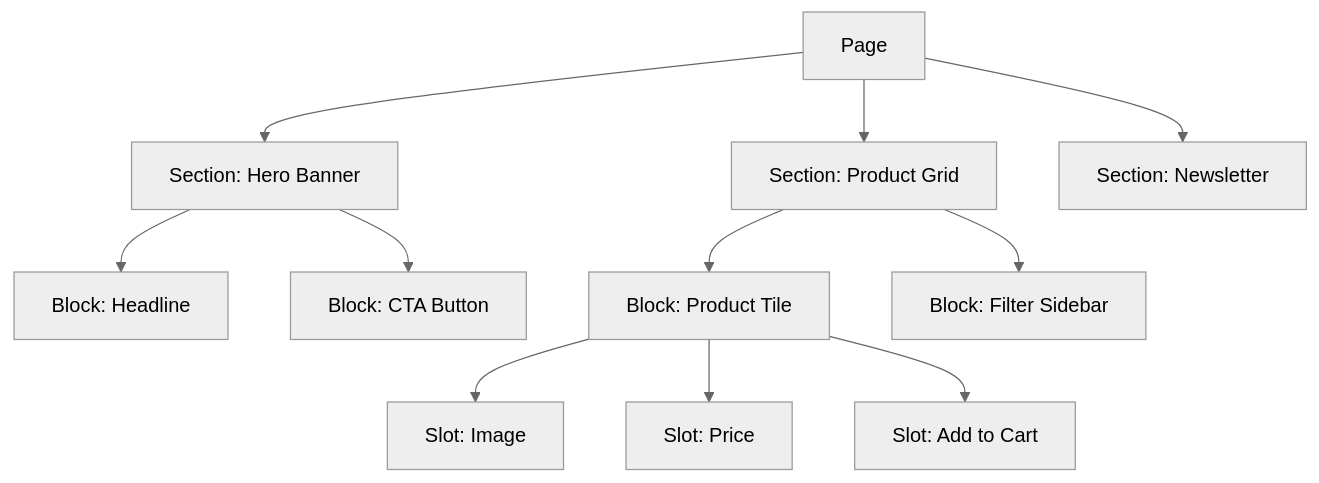
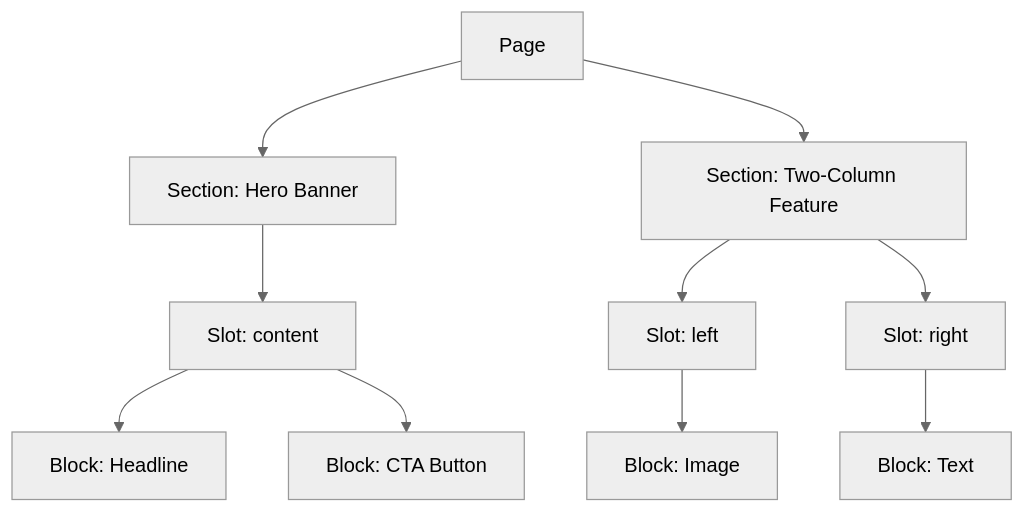
Before and after one commit to laioutr/docs: the second of 3 diagrams in content/0.getting-started/3.key-concepts/1.architecture.md, drawn with Mermaid (neutral theme). The commit also changed other lines of this file and 4 other files, not shown here.

````diff
--- a/content/0.getting-started/3.key-concepts/1.architecture.md
+++ b/content/0.getting-started/3.key-concepts/1.architecture.md
@@ -109,13 +109,12 @@
 ```mermaid
 flowchart TD
   P["Page"] --> S1["Section: Hero Banner"]
-  P --> S2["Section: Product Grid"]
-  P --> S3["Section: Newsletter"]
-  S1 --> B1["Block: Headline"]
-  S1 --> B2["Block: CTA Button"]
-  S2 --> B3["Block: Product Tile"]
-  S2 --> B4["Block: Filter Sidebar"]
-  B3 --> SL1["Slot: Image"]
-  B3 --> SL2["Slot: Price"]
-  B3 --> SL3["Slot: Add to Cart"]
+  P --> S2["Section: Two-Column Feature"]
+  S1 --> SL1["Slot: content"]
+  S2 --> SL2["Slot: left"]
+  S2 --> SL3["Slot: right"]
+  SL1 --> B1["Block: Headline"]
+  SL1 --> B2["Block: CTA Button"]
+  SL2 --> B3["Block: Image"]
+  SL3 --> B4["Block: Text"]
 ```
````
